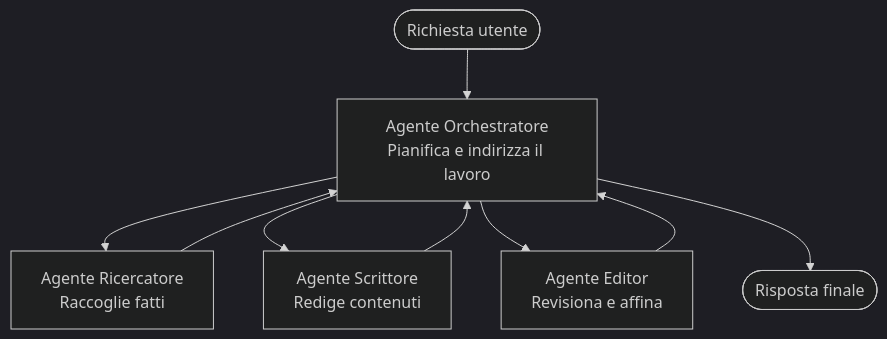
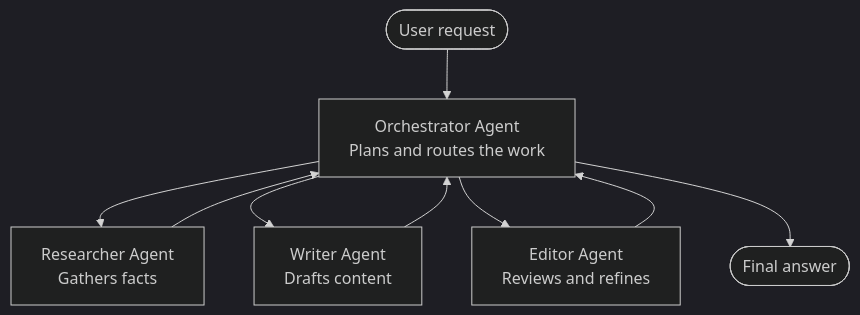
Before and after one commit to microsoft/AZD-for-beginners: the diagram in translations/it/docs/chapter-05-multi-agent/multi-agent-basics.md, drawn with Mermaid (dark theme). The commit also changed other lines of this file and 141 other files, not shown here.

````diff
--- a/translations/it/docs/chapter-05-multi-agent/multi-agent-basics.md
+++ b/translations/it/docs/chapter-05-multi-agent/multi-agent-basics.md
@@ -43,11 +43,11 @@
 ```mermaid
 graph TD
-    User([Richiesta utente]) --> Orchestrator[Agente Orchestratore<br/>Pianifica e indirizza il lavoro]
-    Orchestrator --> Researcher[Agente Ricercatore<br/>Raccoglie fatti]
-    Orchestrator --> Writer[Agente Scrittore<br/>Redige contenuti]
-    Orchestrator --> Editor[Agente Editor<br/>Revisiona e affina]
+    User([User request]) --> Orchestrator[Orchestrator Agent<br/>Plans and routes the work]
+    Orchestrator --> Researcher[Researcher Agent<br/>Gathers facts]
+    Orchestrator --> Writer[Writer Agent<br/>Drafts content]
+    Orchestrator --> Editor[Editor Agent<br/>Reviews and refines]
     Researcher --> Orchestrator
     Writer --> Orchestrator
     Editor --> Orchestrator
-    Orchestrator --> Result([Risposta finale])
+    Orchestrator --> Result([Final answer])
 ```
````
